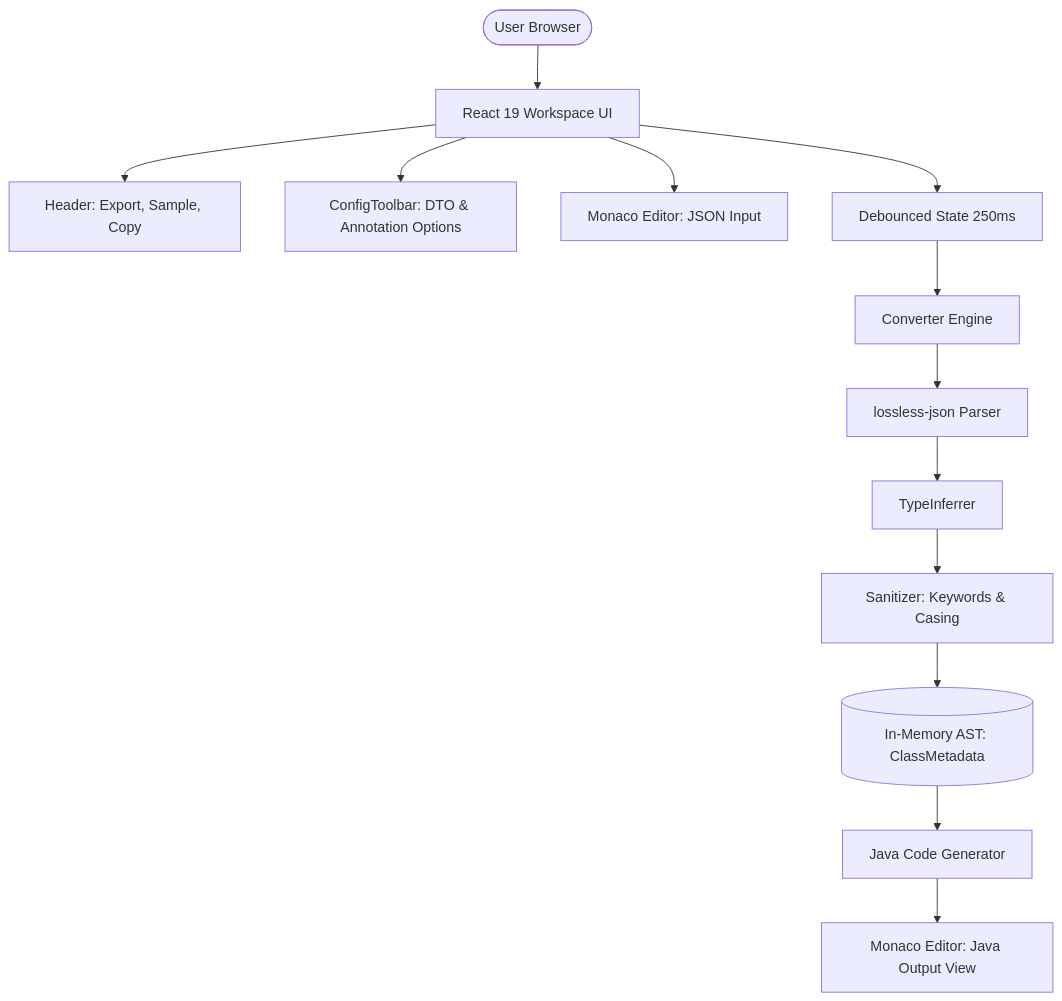
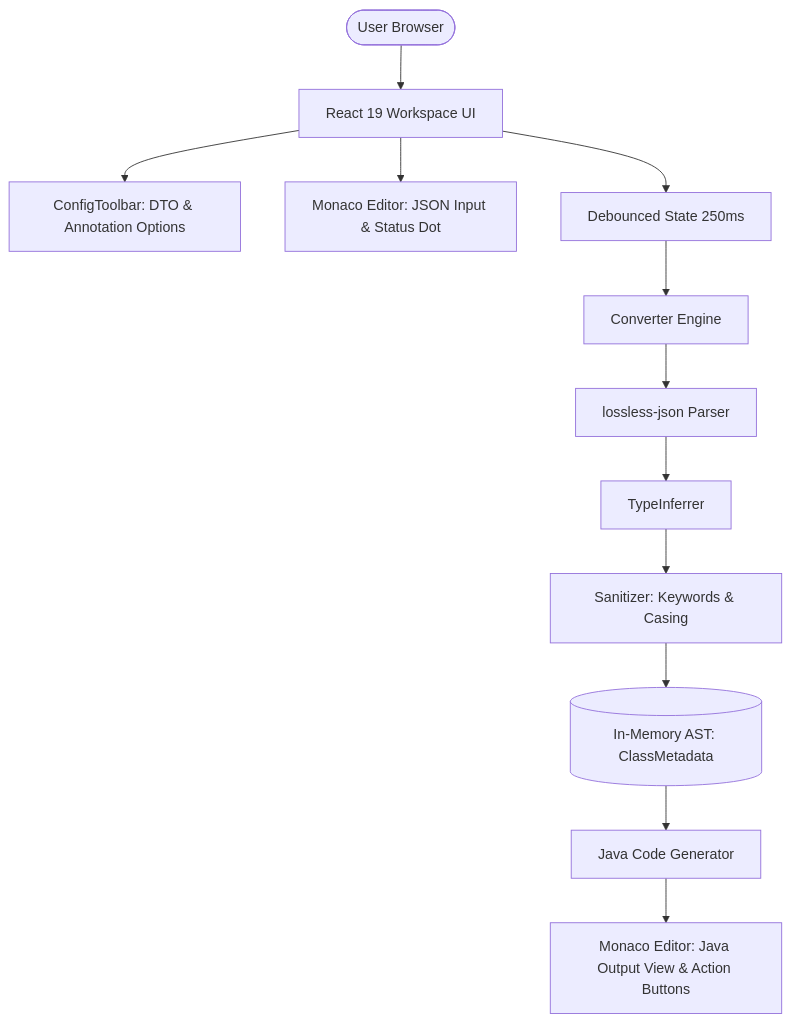
One commit to KAnggara75/2dto changed the diagram in ARCHITECTURE.md. Above: the diagram before and after it, drawn with Mermaid.

Commit message:
docs(architecture): update Mermaid diagram to match headerless layout
Synchronize component diagram by removing Header node and routing actions through Monaco output view.

````diff
--- a/ARCHITECTURE.md
+++ b/ARCHITECTURE.md
@@ -7,16 +7,15 @@
 ```mermaid
 graph TD
     User([User Browser]) --> UI[React 19 Workspace UI]
-    UI --> Header[Header: Export, Sample, Copy]
     UI --> Toolbar[ConfigToolbar: DTO & Annotation Options]
-    UI --> MonacoIn[Monaco Editor: JSON Input]
+    UI --> MonacoIn[Monaco Editor: JSON Input & Status Dot]
     UI --> Debounce[Debounced State 250ms]
     
     Debounce --> Engine[Converter Engine]
     Engine --> LosslessParser[lossless-json Parser]
     LosslessParser --> Inferrer[TypeInferrer]
     Inferrer --> Sanitizer[Sanitizer: Keywords & Casing]
     Sanitizer --> AST[(In-Memory AST: ClassMetadata)]
     AST --> Generator[Java Code Generator]
-    Generator --> MonacoOut[Monaco Editor: Java Output View]
+    Generator --> MonacoOut[Monaco Editor: Java Output View & Action Buttons]
 ```
````
